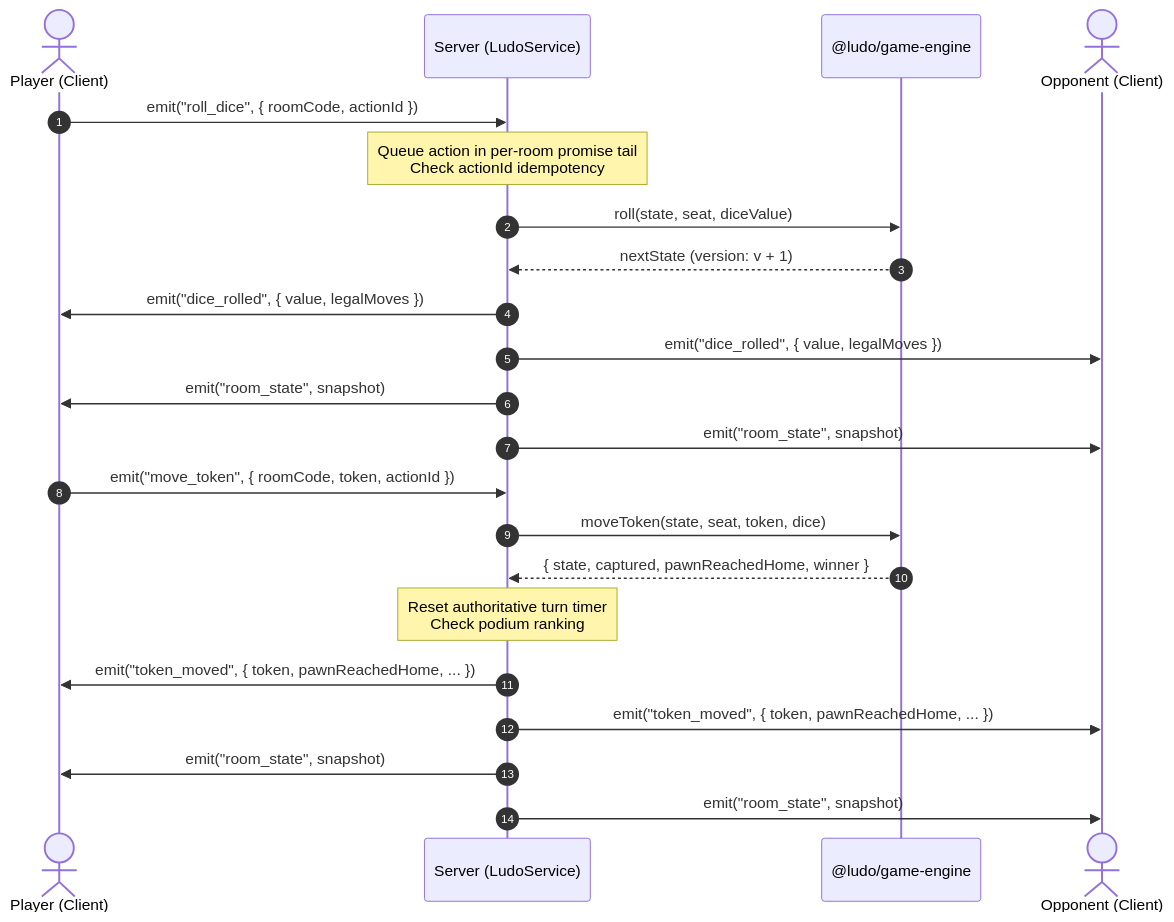
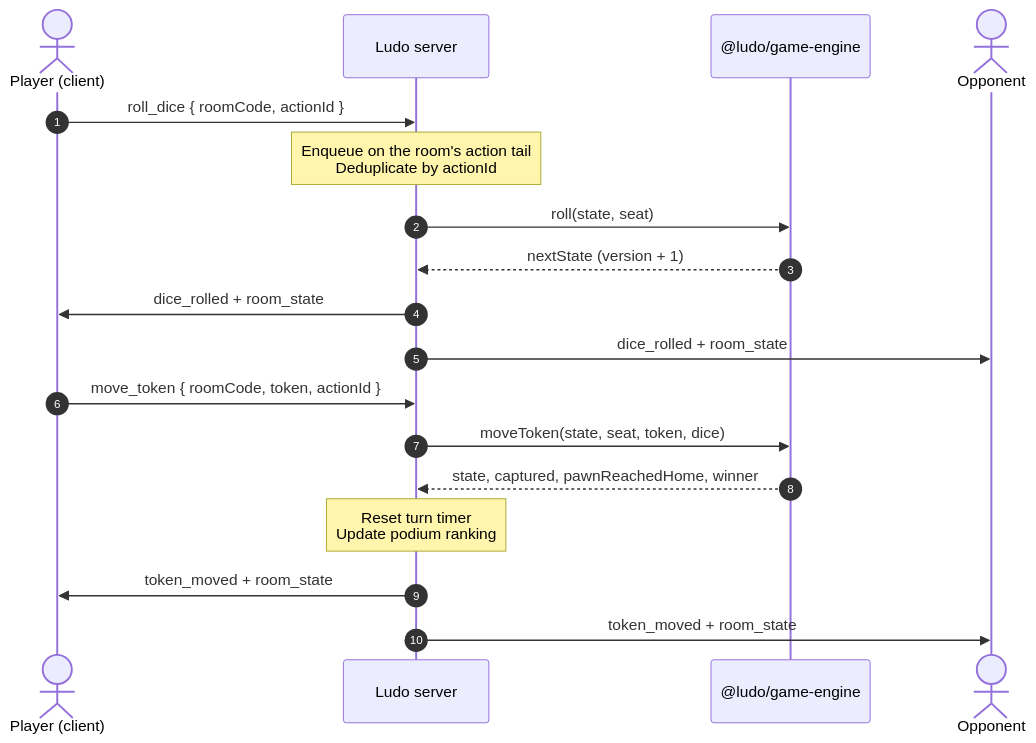
One commit to Jarjis-Alam/ludo-3d-multiplayer changed the diagram in README.md. Above: the diagram before and after it, drawn with Mermaid. The commit also changed other lines of this file and 1 other file, not shown here.

````diff
--- a/README.md
+++ b/README.md
@@ -184,26 +217,22 @@
 ```mermaid
 sequenceDiagram
     autonumber
-    actor Alice as Player (Client)
-    participant Srv as Server (LudoService)
+    actor Alice as Player (client)
+    participant Srv as Ludo server
     participant Eng as @ludo/game-engine
-    actor Bob as Opponent (Client)
+    actor Bob as Opponent
 
-    Alice->>Srv: emit("roll_dice", { roomCode, actionId })
-    Note over Srv: Queue action in per-room promise tail<br/>Check actionId idempotency
-    Srv->>Eng: roll(state, seat, diceValue)
-    Eng-->>Srv: nextState (version: v + 1)
-    Srv->>Alice: emit("dice_rolled", { value, legalMoves })
-    Srv->>Bob: emit("dice_rolled", { value, legalMoves })
-    Srv->>Alice: emit("room_state", snapshot)
-    Srv->>Bob: emit("room_state", snapshot)
+    Alice->>Srv: roll_dice { roomCode, actionId }
+    Note over Srv: Enqueue on the room's action tail<br/>Deduplicate by actionId
+    Srv->>Eng: roll(state, seat)
+    Eng-->>Srv: nextState (version + 1)
+    Srv->>Alice: dice_rolled + room_state
+    Srv->>Bob: dice_rolled + room_state
 
-    Alice->>Srv: emit("move_token", { roomCode, token, actionId })
+    Alice->>Srv: move_token { roomCode, token, actionId }
     Srv->>Eng: moveToken(state, seat, token, dice)
-    Eng-->>Srv: { state, captured, pawnReachedHome, winner }
-    Note over Srv: Reset authoritative turn timer<br/>Check podium ranking
-    Srv->>Alice: emit("token_moved", { token, pawnReachedHome, ... })
-    Srv->>Bob: emit("token_moved", { token, pawnReachedHome, ... })
-    Srv->>Alice: emit("room_state", snapshot)
-    Srv->>Bob: emit("room_state", snapshot)
+    Eng-->>Srv: state, captured, pawnReachedHome, winner
+    Note over Srv: Reset turn timer<br/>Update podium ranking
+    Srv->>Alice: token_moved + room_state
+    Srv->>Bob: token_moved + room_state
 ```
````
